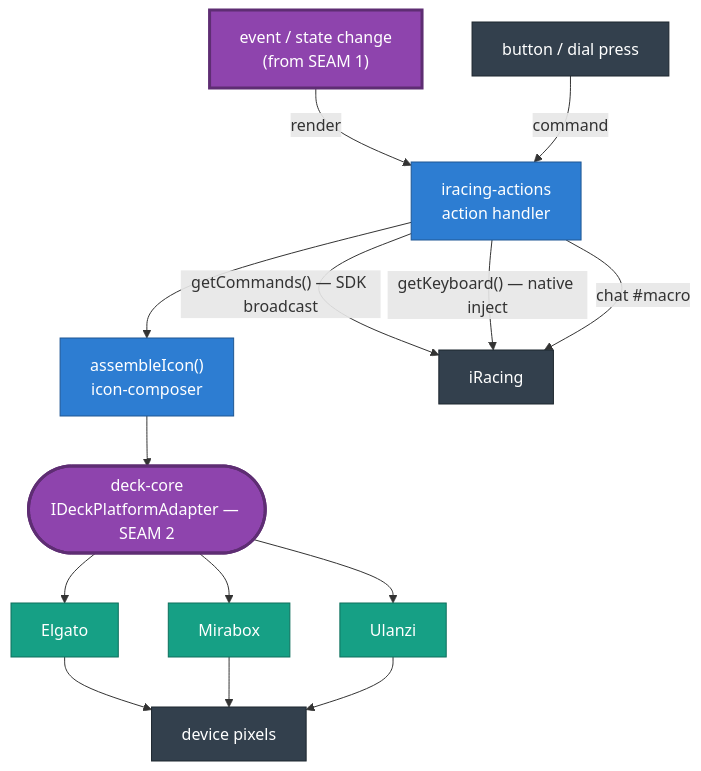
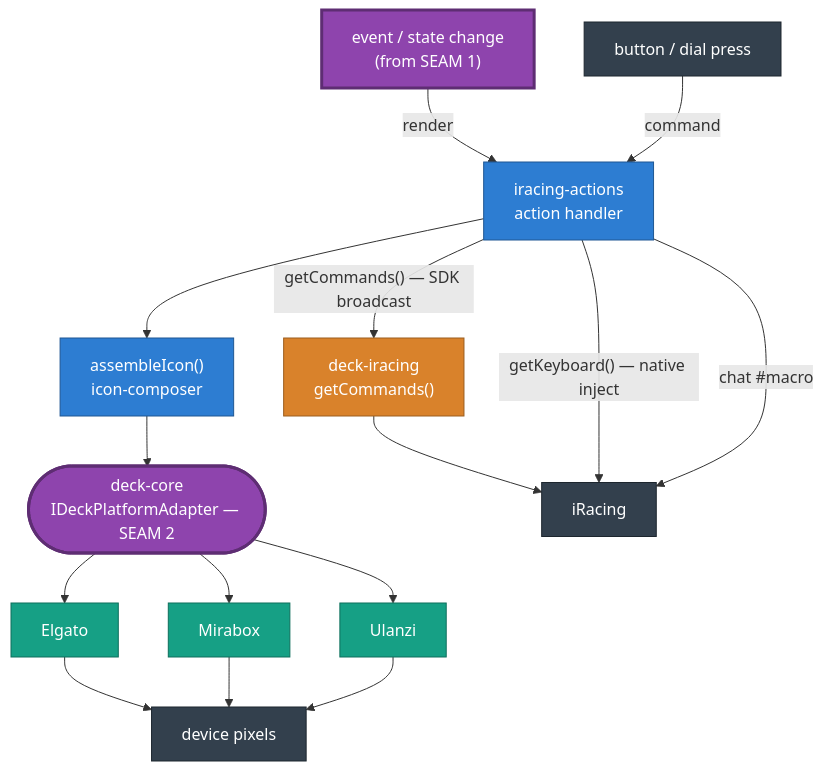
One commit to niklam/iracedeck changed the third of 8 diagrams in packages/website/src/content/docs/docs/development/architecture.md. Above: the diagram before and after it, drawn with Mermaid. The commit also changed other lines of this file and 133 other files, not shown here.

First line of the commit message:
refactor(deck-iracing): put iRacing behind a sim-connection seam (#1363) (#1368)

````diff
--- a/packages/website/src/content/docs/docs/development/architecture.md
+++ b/packages/website/src/content/docs/docs/development/architecture.md
@@ -113,33 +121,36 @@
 ```mermaid
 flowchart TB
   evt["event / state change<br/>(from SEAM 1)"]:::seam
   press["button / dial press"]:::ext
   action["iracing-actions<br/>action handler"]:::core
   icon["assembleIcon()<br/>icon-composer"]:::core
   core(["deck-core<br/>IDeckPlatformAdapter — SEAM 2"]):::seam
+  dkir["deck-iracing<br/>getCommands()"]:::sim
   elg["Elgato"]:::adp
   mir["Mirabox"]:::adp
   ula["Ulanzi"]:::adp
   dev["device pixels"]:::ext
   ir["iRacing"]:::ext
 
   evt -->|"render"| action
   action --> icon
   icon --> core
   core --> elg
   core --> mir
   core --> ula
   elg --> dev
   mir --> dev
   ula --> dev
 
   press -->|"command"| action
-  action -->|"getCommands() — SDK broadcast"| ir
+  action -->|"getCommands() — SDK broadcast"| dkir
+  dkir --> ir
   action -->|"getKeyboard() — native inject"| ir
   action -->|"chat #macro"| ir
 
   classDef ext fill:#33404d,color:#fff,stroke:#1d262e;
+  classDef sim fill:#d9822b,color:#fff,stroke:#9c5e1f;
   classDef seam fill:#8e44ad,color:#fff,stroke:#5e2d73,stroke-width:3px;
   classDef core fill:#2d7dd2,color:#fff,stroke:#1f5793;
   classDef adp fill:#16a085,color:#fff,stroke:#0e6f5c;
 ```
````
